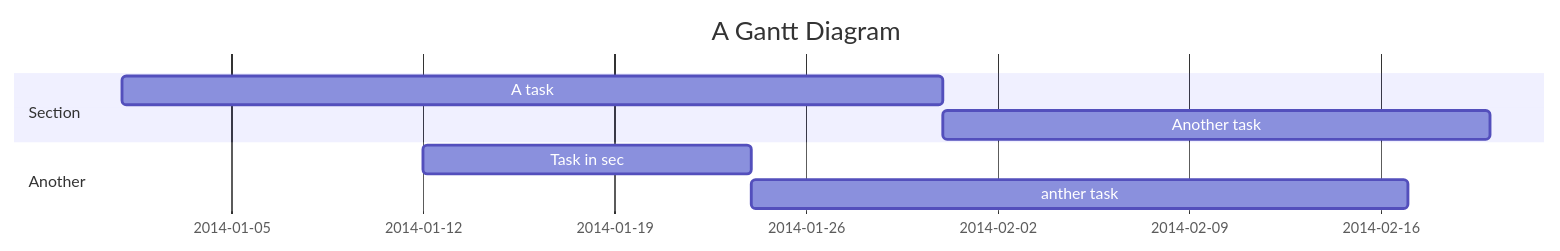
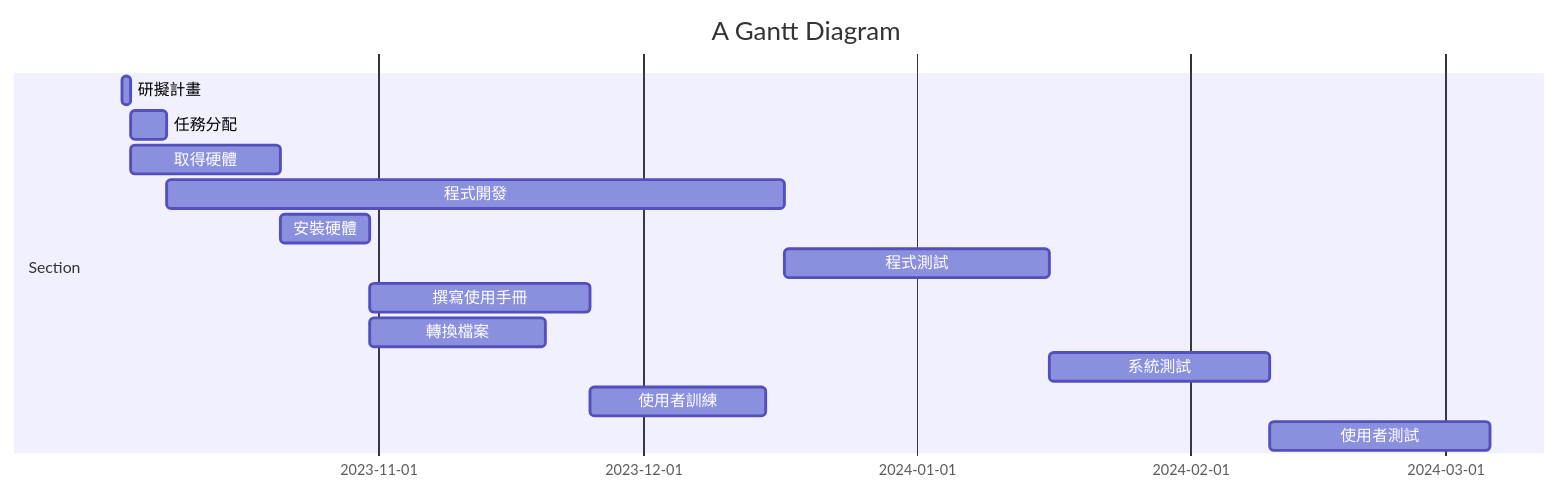
The diagram in hw2.md (Weiting14/C110118224_2), drawn with Mermaid before and after one commit. The commit also changed other lines of this file, not shown here.

````diff
--- a/hw2.md
+++ b/hw2.md
@@ -8,11 +4,17 @@
 ```mermaid
 gantt
     title A Gantt Diagram
 
     section Section
-    A task           :a1, 2014-01-01, 30d
-    Another task     :after a1  , 20d
-    section Another
-    Task in sec      :2014-01-12  , 12d
-    anther task      : 24d
+    研擬計畫           :a1, 2023-10-03, 1d
+    任務分配     :a2,after a1  , 4d
+    取得硬體  :a3,after a1  , 17d
+    程式開發   :a4,after a2, 70d
+    安裝硬體:a5,after a3,10d
+    程式測試:a6,after a4,30d
+    撰寫使用手冊:a7,after a5,25d
+    轉換檔案:a8,after a5,20d
+    系統測試:a9,after a6,25d
+    使用者訓練:a10,after a7 & a8,20d
+    使用者測試:a11,after a9 & a10,25d    
 ```
````
